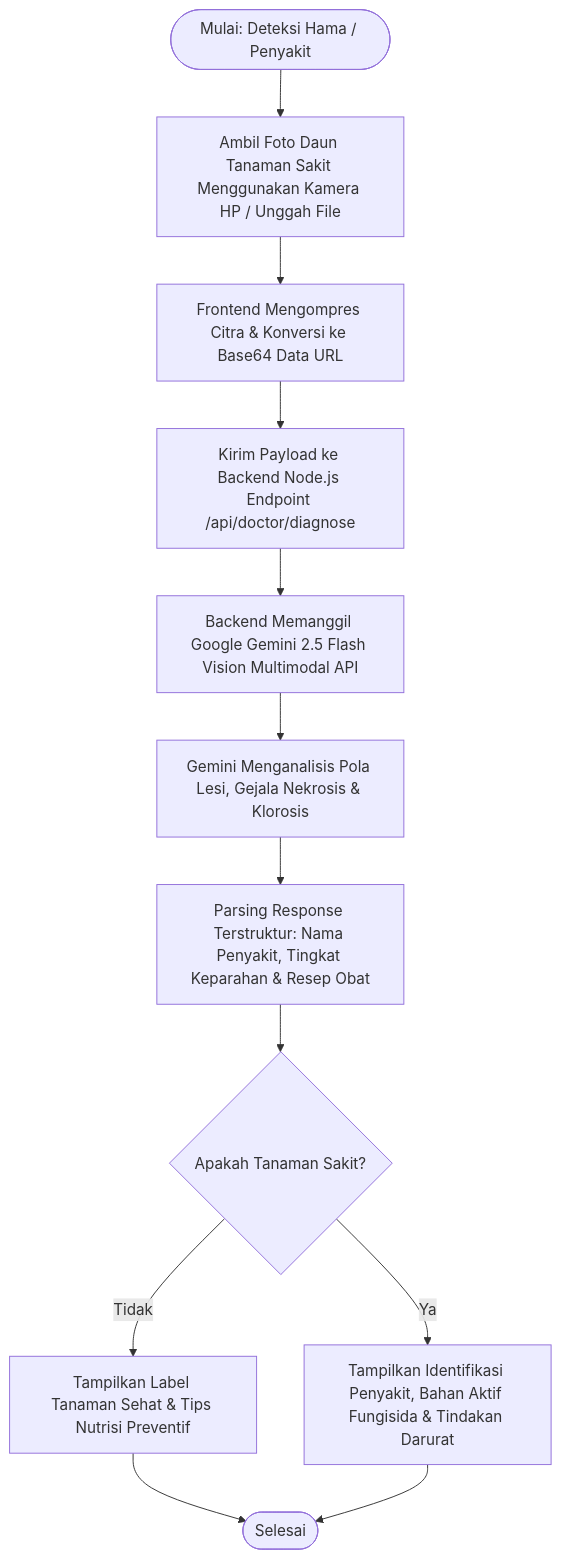
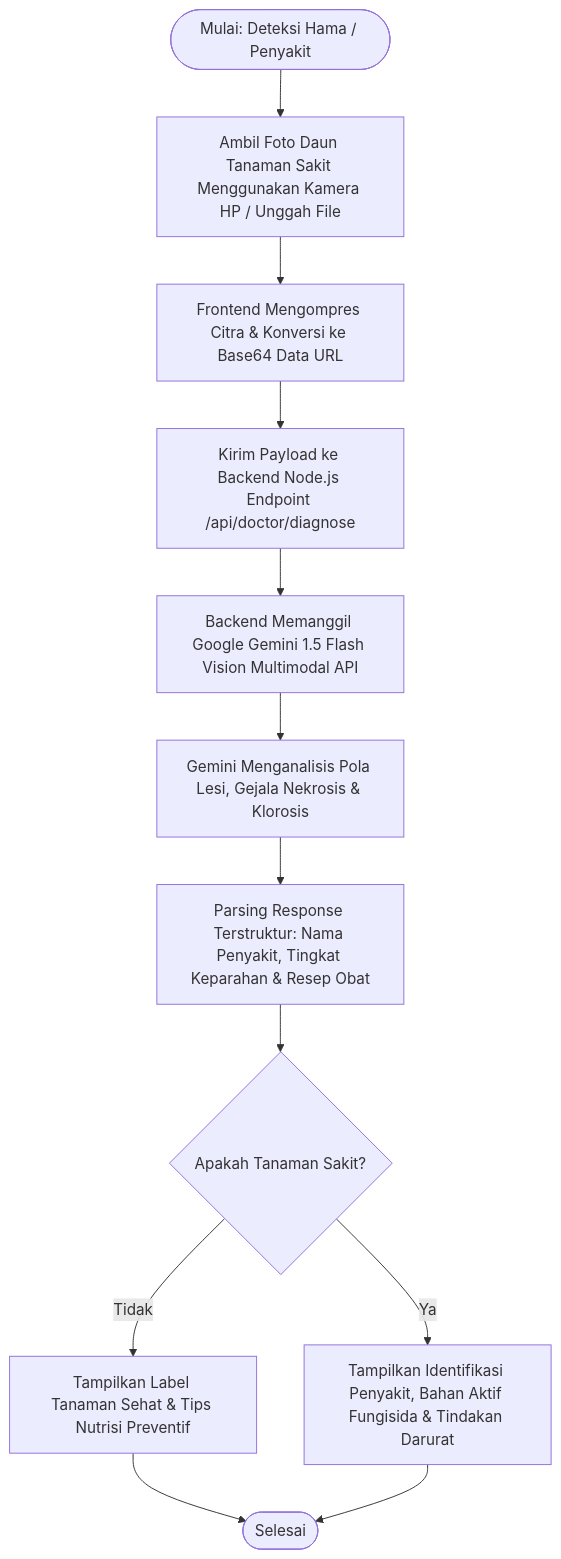
One commit to ombay86/agribuddy changed the fourth of 6 diagrams in FLOWCHART_AgriBuddy.md. Above: the diagram before and after it, drawn with Mermaid. The commit also changed other lines of this file and 18 other files, not shown here.

Commit message:
fix: ganti model gemini-2.5-flash non-standar ke gemini-1.5-flash valid dan dukung konfigurasi GEMINI_MODEL di env

````diff
--- a/FLOWCHART_AgriBuddy.md
+++ b/FLOWCHART_AgriBuddy.md
@@ -156,14 +156,14 @@
 ```mermaid
 flowchart TD
     S3([Mulai: Deteksi Hama / Penyakit]) --> SnapDoc[Ambil Foto Daun Tanaman Sakit Menggunakan Kamera HP / Unggah File]
     SnapDoc --> CompressImg[Frontend Mengompres Citra & Konversi ke Base64 Data URL]
     CompressImg --> PostVision[Kirim Payload ke Backend Node.js Endpoint /api/doctor/diagnose]
-    PostVision --> CallGemini[Backend Memanggil Google Gemini 2.5 Flash Vision Multimodal API]
+    PostVision --> CallGemini[Backend Memanggil Google Gemini 1.5 Flash Vision Multimodal API]
     CallGemini --> GenDiagnosis[Gemini Menganalisis Pola Lesi, Gejala Nekrosis & Klorosis]
     GenDiagnosis --> ParseJSON[Parsing Response Terstruktur: Nama Penyakit, Tingkat Keparahan & Resep Obat]
     ParseJSON --> CheckHealthy{Apakah Tanaman Sakit?}
     CheckHealthy -- Tidak --> DispHealthy[Tampilkan Label Tanaman Sehat & Tips Nutrisi Preventif]
     CheckHealthy -- Ya --> DispDisease[Tampilkan Identifikasi Penyakit, Bahan Aktif Fungisida & Tindakan Darurat]
     DispHealthy --> End3([Selesai])
     DispDisease --> End3
 ```
````
